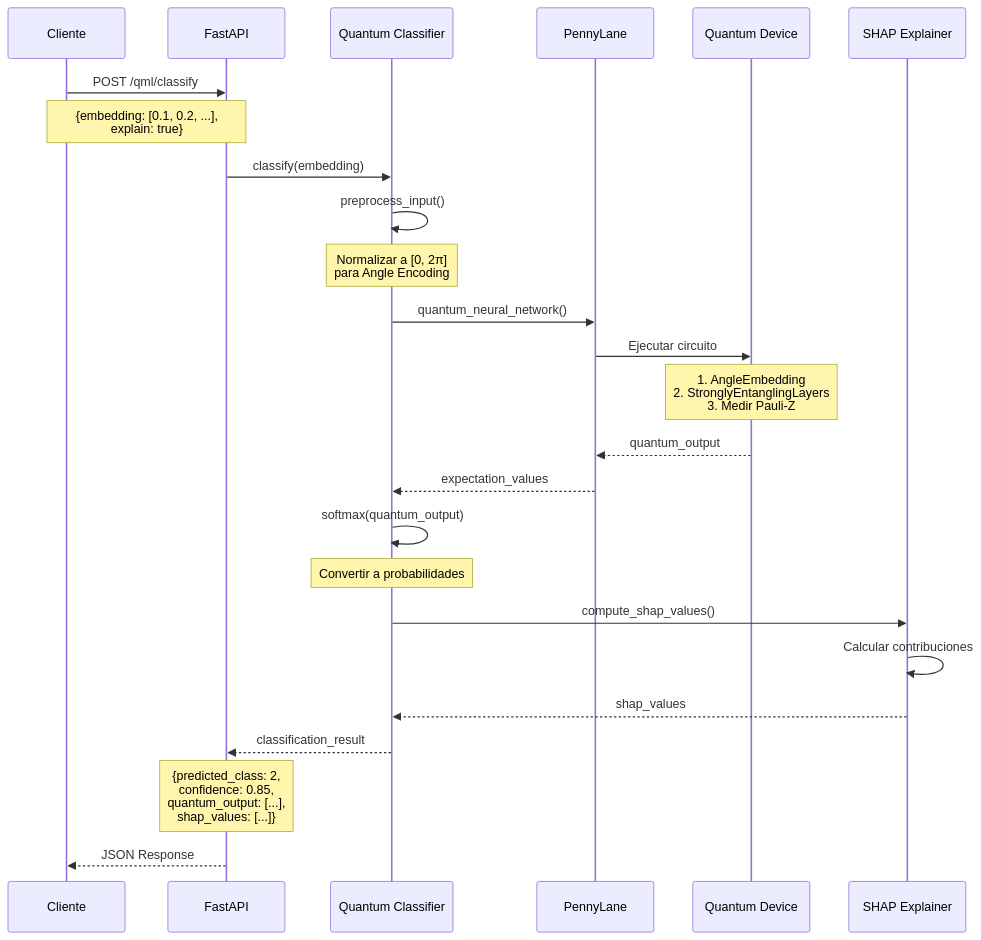
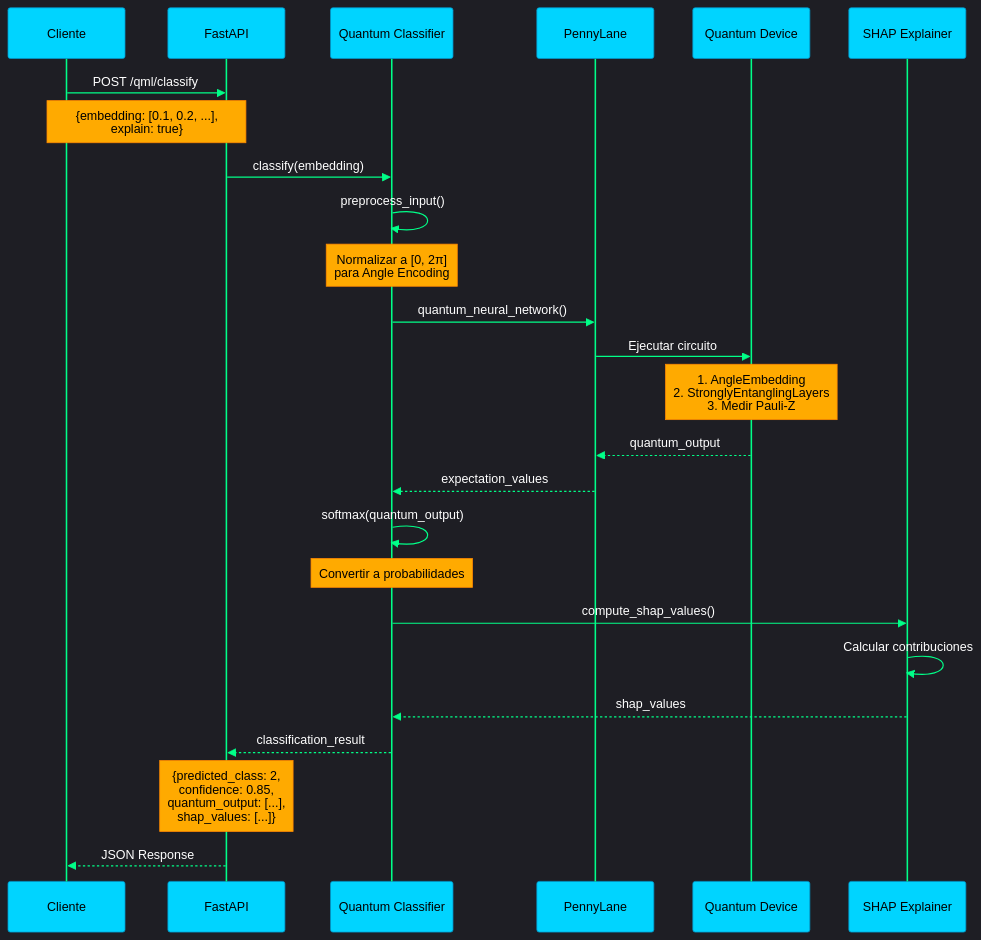
The seventh of 9 diagrams in README.md (rjamoriz/Sistema-Corporativo-Documental-con-Capacidades-de-IA), drawn with Mermaid before and after one commit. The commit also changed other lines of this file, not shown here.

Commit message:
style: Añadir colores vibrantes a diagramas de flujo (sequence diagrams) con tema oscuro personalizado

````diff
--- a/README.md
+++ b/README.md
@@ -712,36 +712,37 @@
 ```mermaid
+%%{init: {'theme':'dark', 'themeVariables': { 'primaryColor':'#00d4ff','primaryTextColor':'#000','primaryBorderColor':'#0099cc','lineColor':'#00ff88','secondaryColor':'#ffaa00','tertiaryColor':'#ff00ff','noteBkgColor':'#ffaa00','noteTextColor':'#000','noteBorderColor':'#ff8800','actorBkg':'#00d4ff','actorBorder':'#0099cc','actorTextColor':'#000','actorLineColor':'#00ff88','signalColor':'#00ff88','signalTextColor':'#fff','labelBoxBkgColor':'#ff00ff','labelBoxBorderColor':'#cc00cc','labelTextColor':'#000','loopTextColor':'#000','activationBorderColor':'#0099cc','activationBkgColor':'#00d4ff','sequenceNumberColor':'#000'}}}%%
 sequenceDiagram
     participant C as Cliente
     participant API as FastAPI
     participant VQC as Quantum Classifier
     participant PL as PennyLane
     participant QD as Quantum Device
     participant SHAP as SHAP Explainer
     
     C->>API: POST /qml/classify
     Note over C,API: {embedding: [0.1, 0.2, ...],<br/>explain: true}
     
     API->>VQC: classify(embedding)
     VQC->>VQC: preprocess_input()
     Note over VQC: Normalizar a [0, 2π]<br/>para Angle Encoding
     
     VQC->>PL: quantum_neural_network()
     PL->>QD: Ejecutar circuito
     
     Note over QD: 1. AngleEmbedding<br/>2. StronglyEntanglingLayers<br/>3. Medir Pauli-Z
     
     QD-->>PL: quantum_output
     PL-->>VQC: expectation_values
     
     VQC->>VQC: softmax(quantum_output)
     Note over VQC: Convertir a probabilidades
     
     VQC->>SHAP: compute_shap_values()
     SHAP->>SHAP: Calcular contribuciones
     SHAP-->>VQC: shap_values
     
     VQC-->>API: classification_result
     Note over API: {predicted_class: 2,<br/>confidence: 0.85,<br/>quantum_output: [...],<br/>shap_values: [...]}
     
     API-->>C: JSON Response
 ```
````
